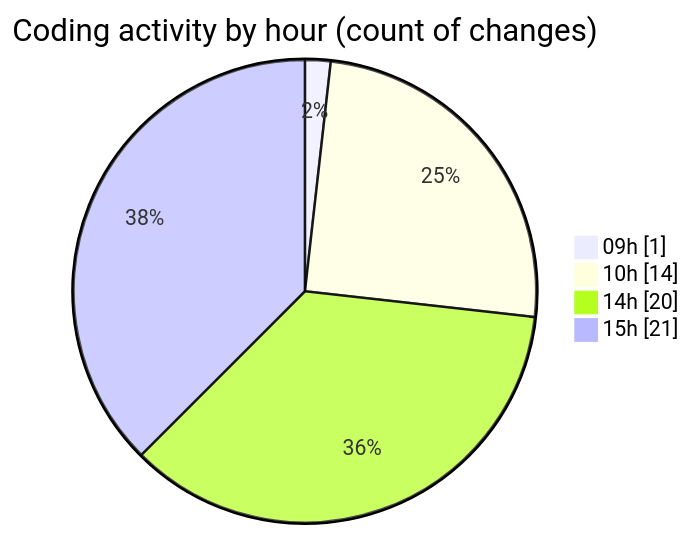
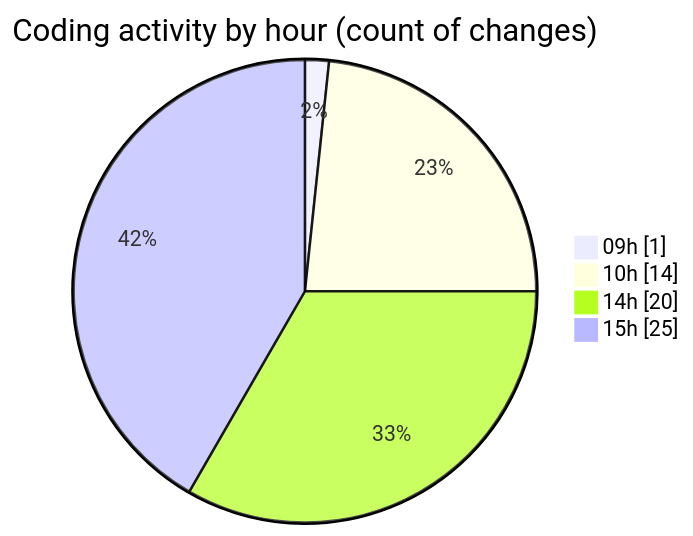
One commit to momahboobian/code-tracking changed the second of 2 diagrams in 2025-11-13/cda/README.md. Above: the diagram before and after it, drawn with Mermaid. The commit also changed other lines of this file and 1 other file, not shown here.

````diff
--- a/2025-11-13/cda/README.md
+++ b/2025-11-13/cda/README.md
@@ -43,8 +43,8 @@
 ```mermaid
 pie showData
 title Coding activity by hour (count of changes)
 "09h" : 1
 "10h" : 14
 "14h" : 20
-"15h" : 21
+"15h" : 25
 ```
````
